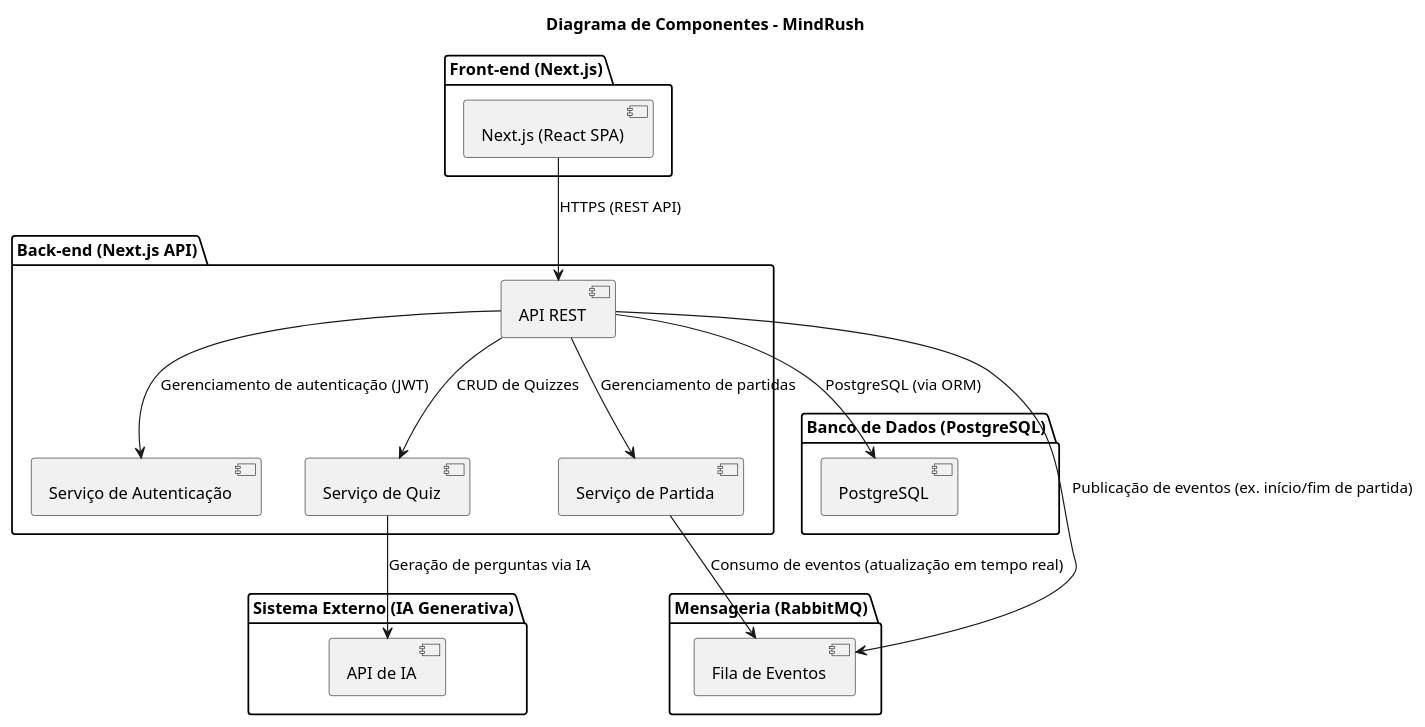
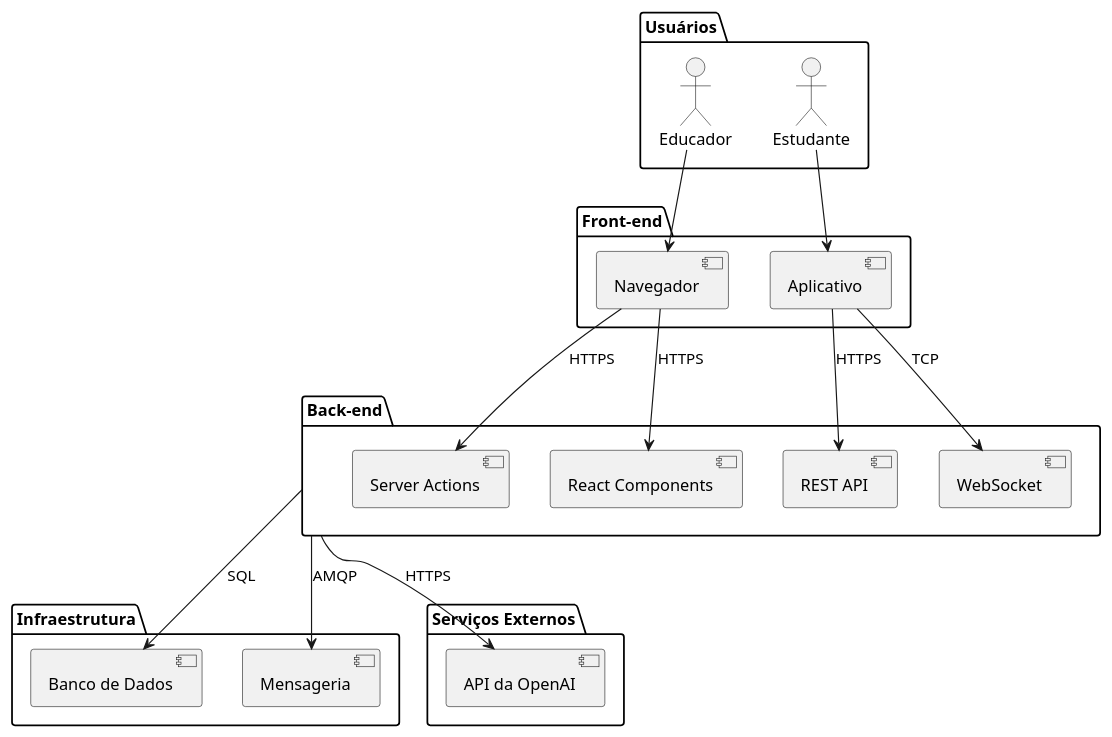
Before and after one commit to lucaazalim/ti-5-mindrush: the diagram in docs/assets/diagrama-de-componentes.puml, drawn with PlantUML. The commit also changed 1 other file, not shown here.

Commit message:
docs: ajustando diagrama de componentes.

```diff
--- a/docs/assets/diagrama-de-componentes.puml
+++ b/docs/assets/diagrama-de-componentes.puml
@@ -1,38 +1,40 @@
 @startuml
-title Diagrama de Componentes - MindRush
-
-' Definição dos pacotes principais
-package "Front-end (Next.js)" {
-    [Next.js (React SPA)] as Frontend
+package "Usuários" {
+    actor Educador
+    actor Estudante
 }
 
-package "Back-end (Next.js API)" {
-    [API REST] as API
-    [Serviço de Autenticação] as AuthService
-    [Serviço de Partida] as PartidaService
-    [Serviço de Quiz] as QuizService
+package "Front-end" {
+    [Navegador]
+    [Aplicativo]
 }
 
-package "Banco de Dados (PostgreSQL)" {
-    [PostgreSQL] as Database
+package "Back-end" {
+    [Server Actions]
+    [React Components]
+    [REST API]
+    [WebSocket]
 }
 
-package "Mensageria (RabbitMQ)" {
-    [Fila de Eventos] as RabbitMQ
+package "Infraestrutura" {
+    [Banco de Dados]
+    [Mensageria]
 }
 
-package "Sistema Externo (IA Generativa)" {
-    [API de IA] as IAAPI
+package "Serviços Externos" {
+    [API da OpenAI]
 }
 
-' Definição das conexões e interfaces
-Frontend --> API : HTTPS (REST API)
-API --> AuthService : Gerenciamento de autenticação (JWT)
-API --> QuizService : CRUD de Quizzes
-API --> PartidaService : Gerenciamento de partidas
-API --> Database : PostgreSQL (via ORM)
-API --> RabbitMQ : Publicação de eventos (ex. início/fim de partida)
-PartidaService --> RabbitMQ : Consumo de eventos (atualização em tempo real)
-QuizService --> IAAPI : Geração de perguntas via IA
+Educador --> [Navegador]
+Estudante --> [Aplicativo]
 
+[Navegador] --> [Server Actions] : HTTPS
+[Navegador] --> [React Components] : HTTPS
+
+[Aplicativo] --> [REST API] : HTTPS
+[Aplicativo] --> [WebSocket] : TCP
+
+[Back-end] --> [Banco de Dados] : SQL
+[Back-end] --> [Mensageria] : AMQP
+[Back-end] --> [API da OpenAI] : HTTPS
 @enduml
```
